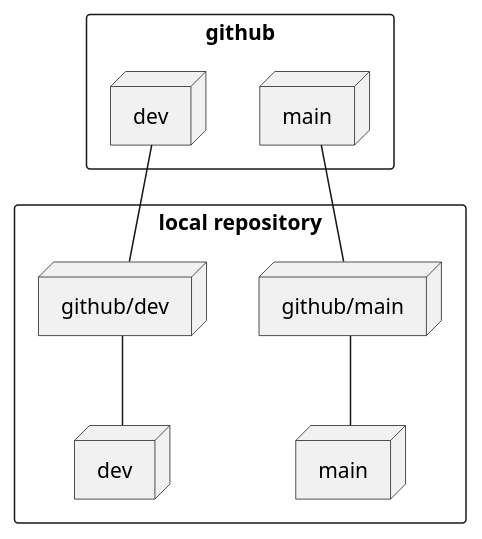
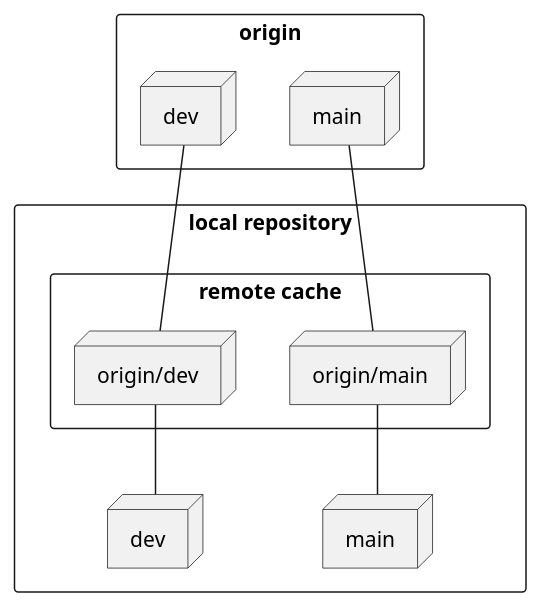
The diagram in uml/2.branch.plantuml (pochangl/github_basic), drawn with PlantUML before and after one commit. The commit also changed 4 other files, not shown here.

```diff
--- a/uml/2.branch.plantuml
+++ b/uml/2.branch.plantuml
@@ -1,21 +1,24 @@
 @startuml name
-rectangle github {
+rectangle origin {
     node main as github_main
     node dev as github_dev
 }
 
 rectangle "local repository" {
-    node "github/main" as gh_main
-    node "github/dev" as gh_dev
+
+    rectangle "remote cache" {
+        node "origin/main" as gh_main
+        node "origin/dev" as gh_dev
+    }
     node main
     node dev
 }
 
 github_main -- gh_main
 gh_main -- main
 
 github_dev -- gh_dev
 gh_dev -- dev
 
 
 @enduml
```
